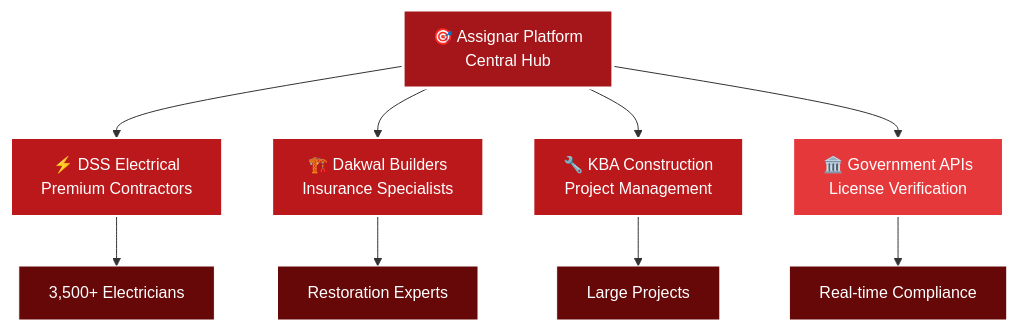
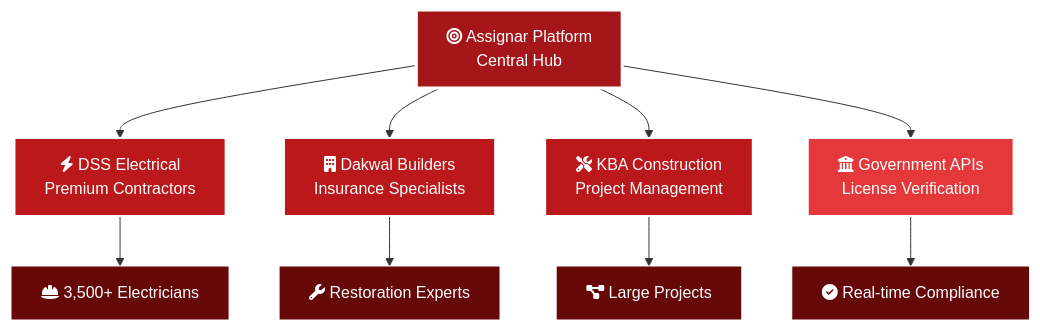
The third of 5 diagrams in assigner-deck/slides.md (mishaal79/assigner-deck), drawn with Mermaid before and after one commit. The commit also changed other lines of this file and 4 other files, not shown here.

````diff
--- a/assigner-deck/slides.md
+++ b/assigner-deck/slides.md
@@ -434,24 +436,24 @@
 ```mermaid
 flowchart TD
-    A["🎯 Assignar Platform<br/>Central Hub"]
+    A["fa:fa-bullseye Assignar Platform<br/>Central Hub"]
 
-    A --> B["⚡ DSS Electrical<br/>Premium Contractors"]
-    A --> C["🏗️ Dakwal Builders<br/>Insurance Specialists"]
-    A --> D["🔧 KBA Construction<br/>Project Management"]
-    A --> E["🏛️ Government APIs<br/>License Verification"]
+    A --> B["fa:fa-bolt DSS Electrical<br/>Premium Contractors"]
+    A --> C["fa:fa-building Dakwal Builders<br/>Insurance Specialists"]
+    A --> D["fa:fa-tools KBA Construction<br/>Project Management"]
+    A --> E["fa:fa-university Government APIs<br/>License Verification"]
 
-    B --> B1["3,500+ Electricians"]
-    C --> C1["Restoration Experts"]
-    D --> D1["Large Projects"]
-    E --> E1["Real-time Compliance"]
+    B --> B1["fa:fa-hard-hat 3,500+ Electricians"]
+    C --> C1["fa:fa-wrench Restoration Experts"]
+    D --> D1["fa:fa-project-diagram Large Projects"]
+    E --> E1["fa:fa-check-circle Real-time Compliance"]
 
     style A fill:#A4161A,stroke:#FFFFFF,stroke-width:3px,color:#FFFFFF
     style B fill:#BA181B,stroke:#FFFFFF,stroke-width:2px,color:#FFFFFF
     style C fill:#BA181B,stroke:#FFFFFF,stroke-width:2px,color:#FFFFFF
     style D fill:#BA181B,stroke:#FFFFFF,stroke-width:2px,color:#FFFFFF
     style E fill:#E5383B,stroke:#FFFFFF,stroke-width:2px,color:#FFFFFF
     style B1 fill:#660708,stroke:#FFFFFF,color:#FFFFFF
     style C1 fill:#660708,stroke:#FFFFFF,color:#FFFFFF
     style D1 fill:#660708,stroke:#FFFFFF,color:#FFFFFF
     style E1 fill:#660708,stroke:#FFFFFF,color:#FFFFFF
 ```
````
